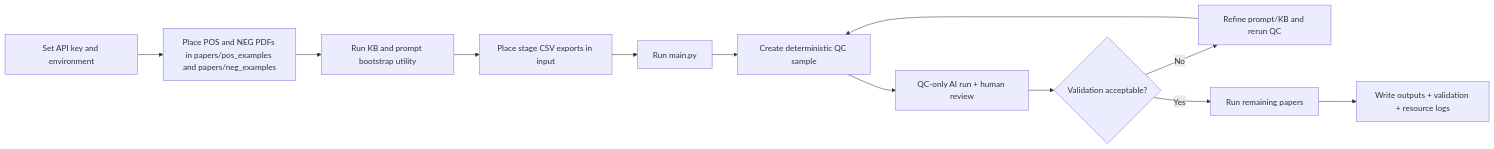
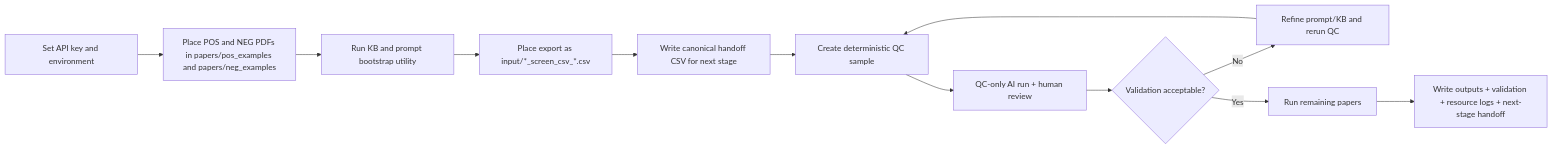
The diagram in readme.md (KaiGensitz/review-pipeline), drawn with Mermaid before and after one commit. The commit also changed other lines of this file and 39 other files, not shown here.

````diff
--- a/readme.md
+++ b/readme.md
@@ -35,14 +35,14 @@
 ```mermaid
 flowchart LR
   A[Set API key and environment] --> B[Place POS and NEG PDFs in papers/pos_examples and papers/neg_examples]
   B --> C[Run KB and prompt bootstrap utility]
-  C --> D[Place stage CSV exports in input]
-  D --> E[Run main.py]
+  C --> D[Place export as input/*_screen_csv_*.csv]
+  D --> E[Write canonical handoff CSV for next stage]
   E --> F[Create deterministic QC sample]
   F --> G[QC-only AI run + human review]
   G --> H{Validation acceptable?}
   H -- No --> I[Refine prompt/KB and rerun QC]
   I --> F
   H -- Yes --> J[Run remaining papers]
-  J --> K[Write outputs + validation + resource logs]
+  J --> K[Write outputs + validation + resource logs + next-stage handoff]
 ```
````
